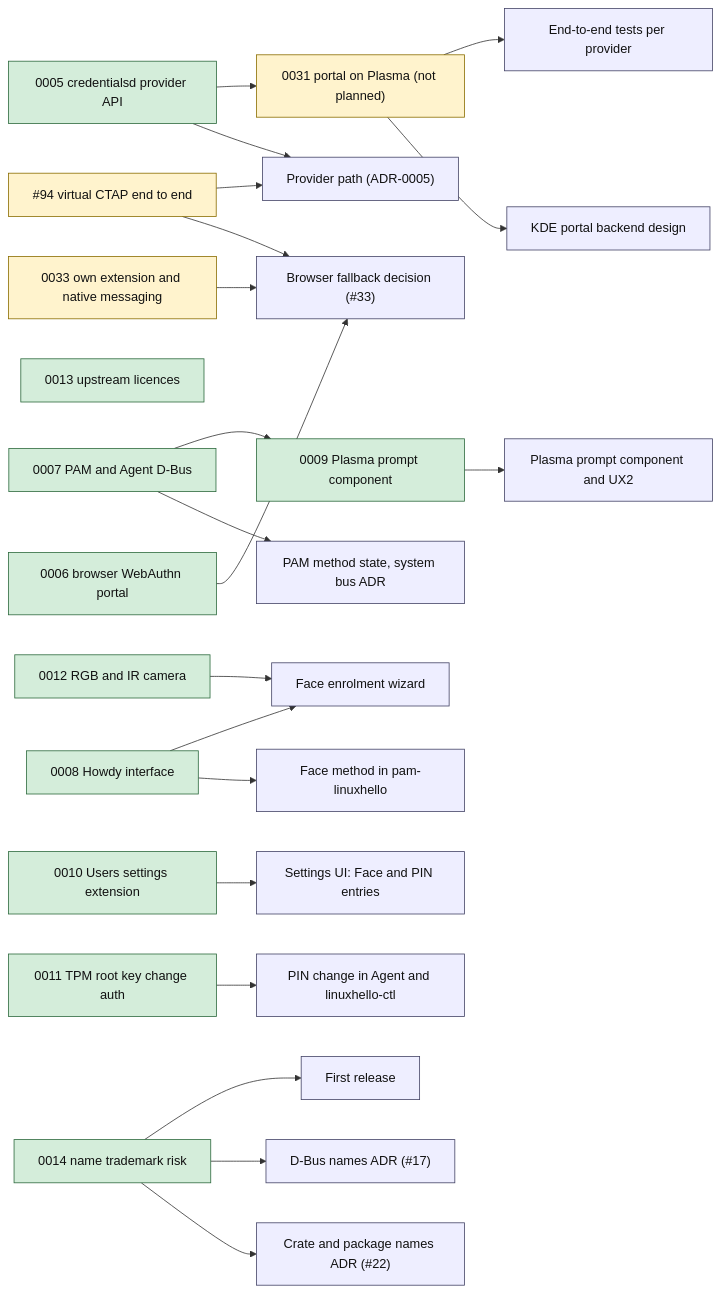
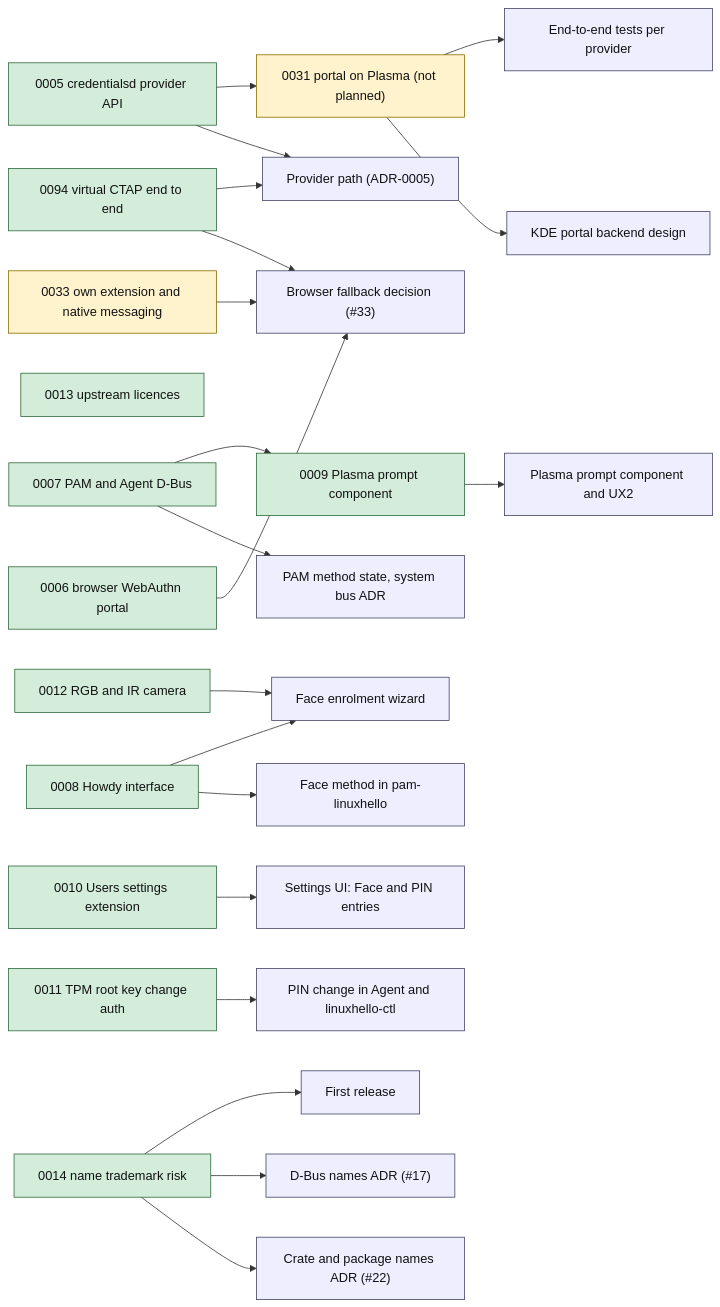
One commit to LinuxHello/architecture changed the diagram in spikes/README.md. Above: the diagram before and after it, drawn with Mermaid. The commit also changed other lines of this file and 1 other file, not shown here.

First paragraph of the commit message:
Spike 0094: a TPM-backed virtual CTAP authenticator works with libfido2, Chromium and Firefox (#22)
## Intent

````diff
--- a/spikes/README.md
+++ b/spikes/README.md
@@ -36,54 +37,54 @@
 ```mermaid
 flowchart LR
     classDef done fill:#d4edda,stroke:#2d6a3e,color:#111
     classDef open fill:#fff3cd,stroke:#8a6d00,color:#111
     classDef target fill:#eef,stroke:#446,color:#111
 
     S5["0005 credentialsd provider API"]:::done
     S6["0006 browser WebAuthn portal"]:::done
     S7["0007 PAM and Agent D-Bus"]:::done
     S13["0013 upstream licences"]:::done
     S8["0008 Howdy interface"]:::done
     S9["0009 Plasma prompt component"]:::done
     S10["0010 Users settings extension"]:::done
     S11["0011 TPM root key change auth"]:::done
     S12["0012 RGB and IR camera"]:::done
     S14["0014 name trademark risk"]:::done
     S31["0031 portal on Plasma (not planned)"]:::open
     S33["0033 own extension and native messaging"]:::open
 
     T1["Provider path (ADR-0005)"]:::target
     T2["Browser fallback decision (#33)"]:::target
     T3["PAM method state, system bus ADR"]:::target
     T4["Face method in pam-linuxhello"]:::target
     T5["Face enrolment wizard"]:::target
     T6["Plasma prompt component and UX2"]:::target
     T7["Settings UI: Face and PIN entries"]:::target
     T8["PIN change in Agent and linuxhello-ctl"]:::target
     T9["Crate and package names ADR (#22)"]:::target
     T10["D-Bus names ADR (#17)"]:::target
     T11["First release"]:::target
     T12["KDE portal backend design"]:::target
     T13["End-to-end tests per provider"]:::target
 
     S5 --> T1
-    S94["#94 virtual CTAP end to end"]:::open
+    S94["0094 virtual CTAP end to end"]:::done
     S94 --> T2
     S94 --> T1
     S5 --> S31
     S6 --> T2
     S33 --> T2
     S7 --> T3
     S7 --> S9
     S8 --> T4
     S8 --> T5
     S12 --> T5
     S9 --> T6
     S10 --> T7
     S11 --> T8
     S14 --> T9
     S14 --> T10
     S14 --> T11
     S31 --> T12
     S31 --> T13
 ```
````
